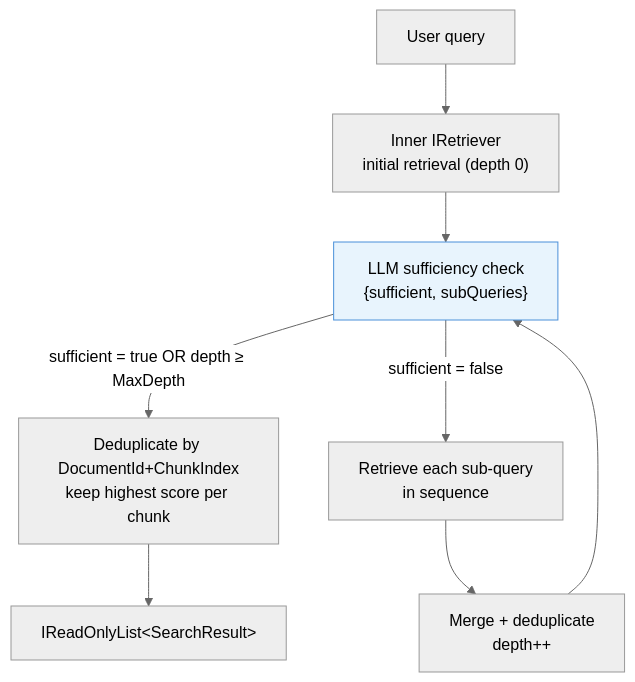
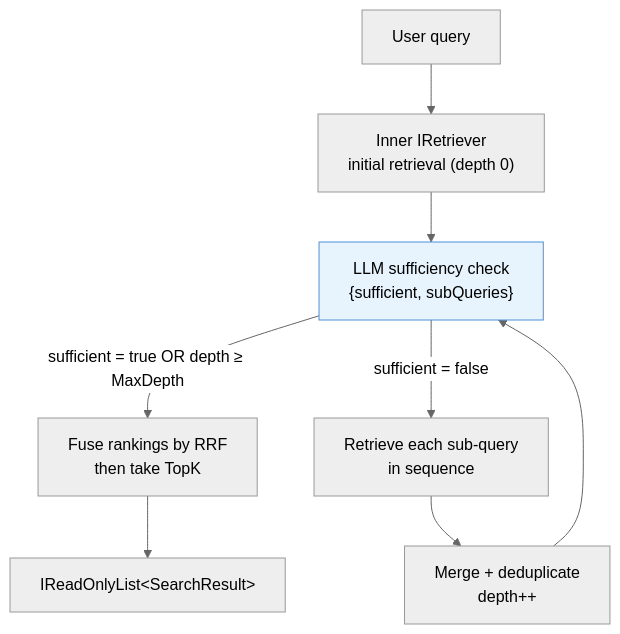
One commit to MarcelRoozekrans/Rag.NET changed the fourth of 7 diagrams in docs/guide/retrieval.md. Above: the diagram before and after it, drawn with Mermaid (neutral theme). The commit also changed other lines of this file and 7 other files, not shown here.

First line of the commit message:
fix(retrieval): cap the deep research page at TopK, by rank rather than by score (#494)

````diff
--- a/docs/guide/retrieval.md
+++ b/docs/guide/retrieval.md
@@ -505,12 +505,12 @@
 ```mermaid
 flowchart TD
     Q["User query"] --> INNER["Inner IRetriever<br>initial retrieval (depth 0)"]
     INNER --> JUDGE["LLM sufficiency check<br>{sufficient, subQueries}"]
-    JUDGE -- "sufficient = true OR depth ≥ MaxDepth" --> DEDUP["Deduplicate by DocumentId+ChunkIndex<br>keep highest score per chunk"]
-    DEDUP --> OUT["IReadOnlyList&lt;SearchResult&gt;"]
+    JUDGE -- "sufficient = true OR depth ≥ MaxDepth" --> FUSE["Fuse rankings by RRF<br>then take TopK"]
+    FUSE --> OUT["IReadOnlyList&lt;SearchResult&gt;"]
     JUDGE -- "sufficient = false" --> FAN["Retrieve each sub-query<br>in sequence"]
     FAN --> MERGE["Merge + deduplicate<br>depth++"]
     MERGE --> JUDGE
 
     style JUDGE fill:#e8f4fd,stroke:#4a90d9
 ```
````
